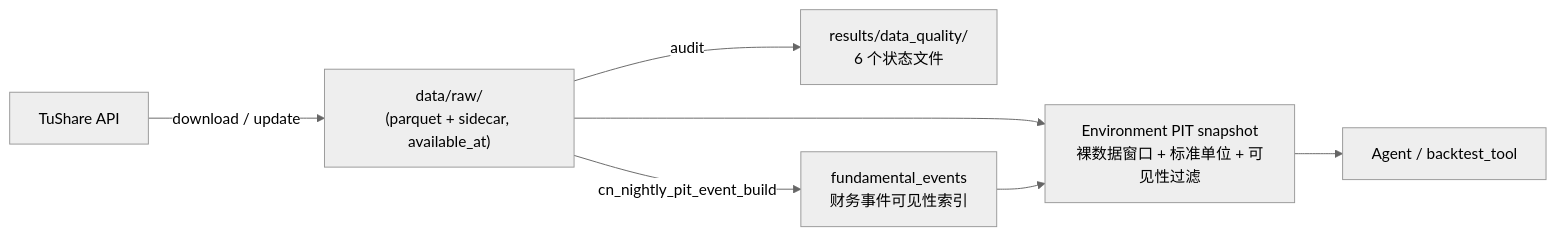
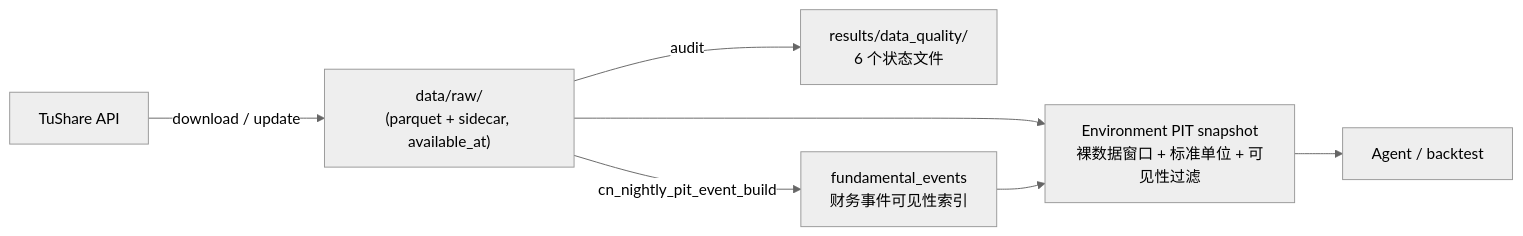
The diagram in docs/data_documentation.md (LeoZippon/CornerHead), drawn with Mermaid (neutral theme) before and after one commit. The commit also changed other lines of this file and 40 other files, not shown here.

````diff
--- a/docs/data_documentation.md
+++ b/docs/data_documentation.md
@@ -67,9 +67,9 @@
 ```mermaid
 flowchart LR
     TS[TuShare API] -->|download / update| RAW["data/raw/<dataset>\n(parquet + sidecar, available_at)"]
     RAW -->|audit| STATUS["results/data_quality/\n6 个状态文件"]
     RAW -->|cn_nightly_pit_event_build| PIT["fundamental_events\n财务事件可见性索引"]
     RAW --> SNAP["Environment PIT snapshot\n裸数据窗口 + 标准单位 + 可见性过滤"]
     PIT --> SNAP
-    SNAP --> AGENT[Agent / backtest_tool]
+    SNAP --> AGENT[Agent / backtest]
 ```
````
